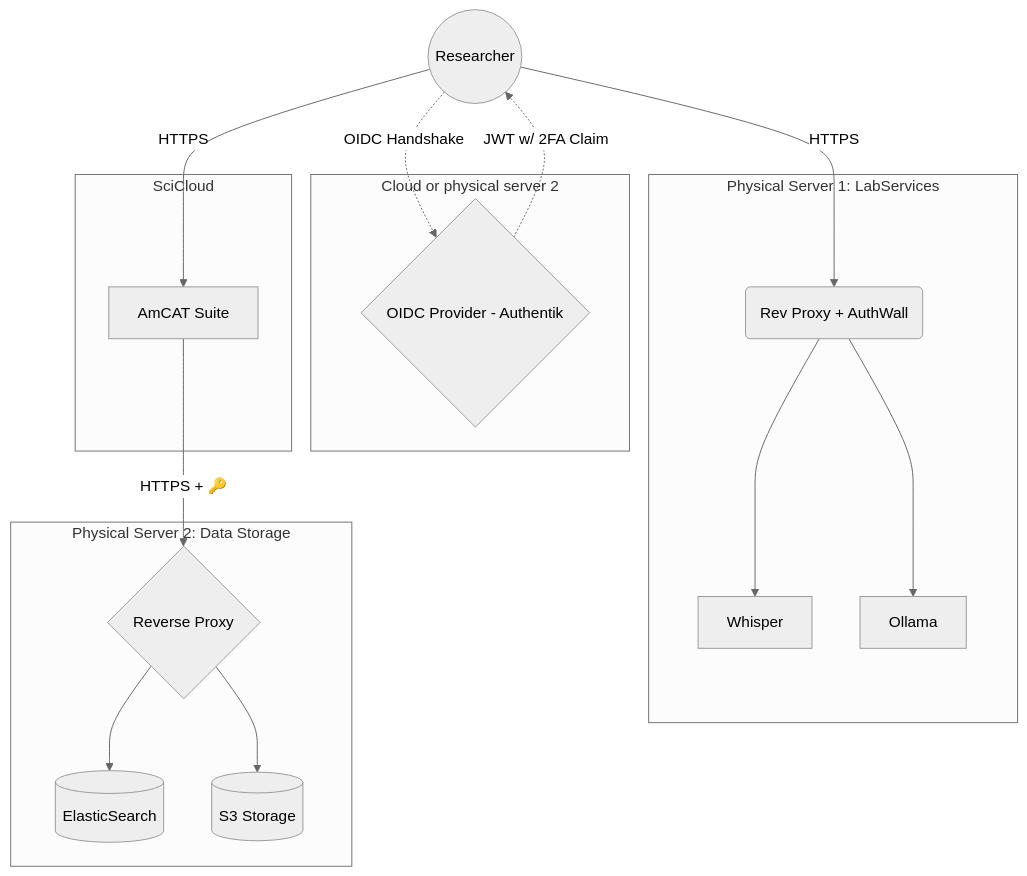
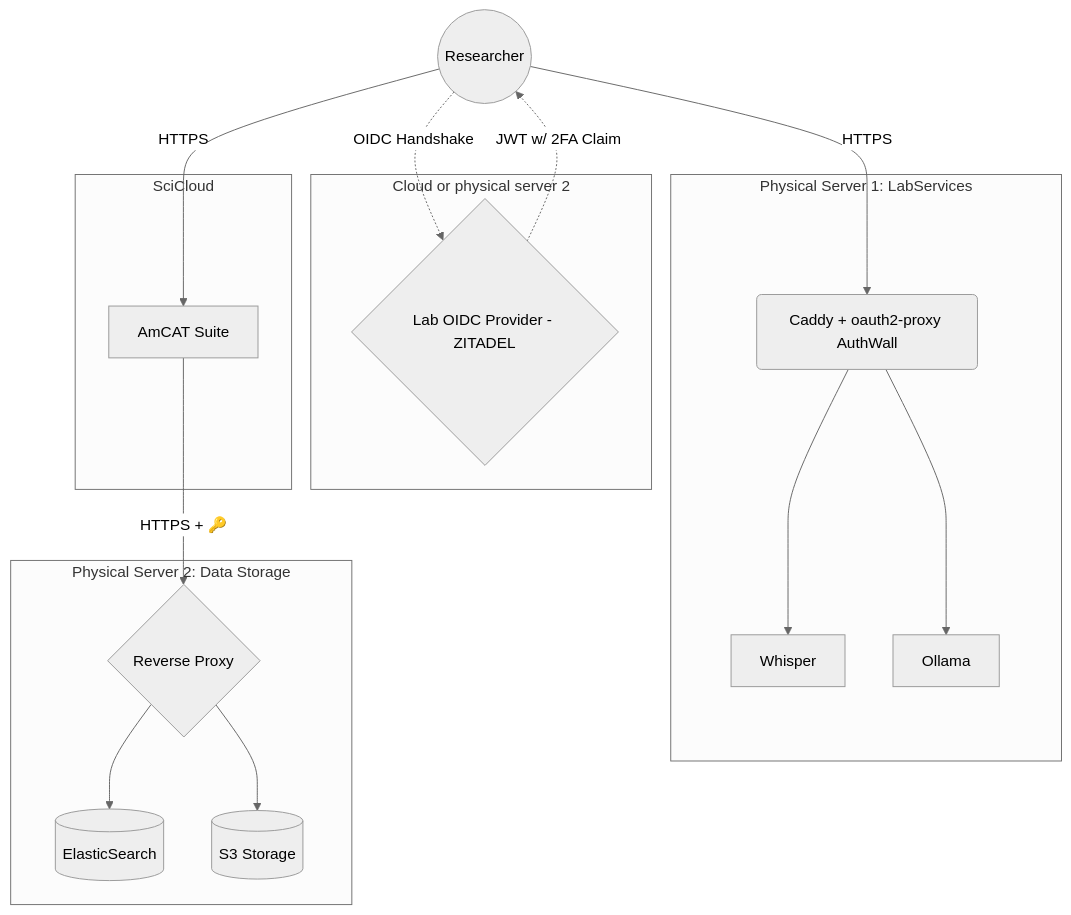
Before and after one commit to kasperwelbers/societal-analytics-lab-infra: the diagram in docs/index.md, drawn with Mermaid (neutral theme). The commit also changed other lines of this file and 5 other files, not shown here.

````diff
--- a/docs/index.md
+++ b/docs/index.md
@@ -10,43 +10,43 @@
 ```mermaid
 graph TD
     User((Researcher))
     
     %% Authentication
     subgraph Auth [Cloud or physical server 2]
-        IdP{OIDC Provider - Authentik}
+        IdP{Lab OIDC Provider - ZITADEL}
     end
     User -.->|OIDC Handshake| IdP
     IdP -.->|JWT w/ 2FA Claim| User
 
     %% SciCloud Environment
     subgraph SciCloud [SciCloud]
         AmCAT[AmCAT Suite]
     end
     
     %% Physical Server 1
     subgraph LabServices [Physical Server 1: LabServices]
-        ProxyLab(Rev Proxy + AuthWall)
+        ProxyLab(Caddy + oauth2-proxy AuthWall)
         ProxyLab --> Whisper
         ProxyLab --> Ollama
     end
 
     %% Physical Server 2
     subgraph Storage [Physical Server 2: Data Storage]
         ProxyStorage{Reverse Proxy}
         ES[(ElasticSearch)]
         S3[(S3 Storage)]
     end
     
 
     %% External Incoming Connections
     User -->|HTTPS| AmCAT
     User -->|HTTPS| ProxyLab
 
     %% Storage Routing (Internal via Proxy)
     AmCAT -->|HTTPS + 🔑| ProxyStorage
     ProxyStorage --> ES
     ProxyStorage --> S3
 
     %% Clickable Links
     click AmCAT "./amcat" "View AmCAT Technical Docs"
 ```
````
